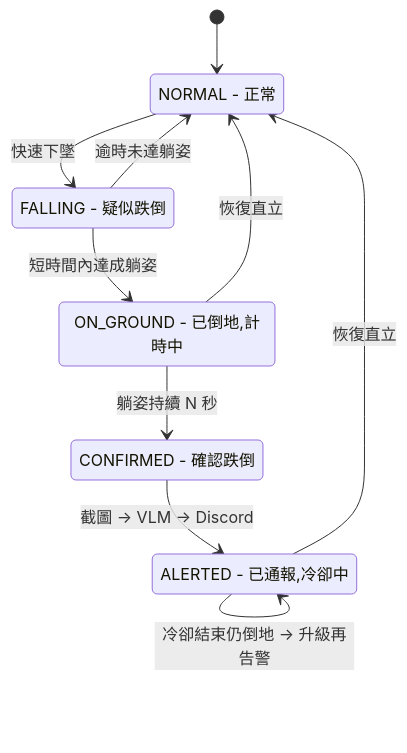
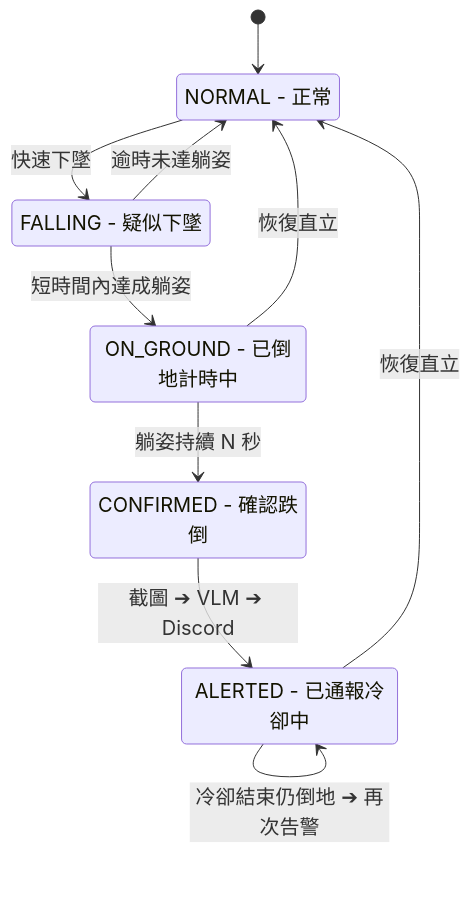
One commit to kuotunyu/fall-guard-cv changed the second of 2 diagrams in README.md. Above: the diagram before and after it, drawn with Mermaid. The commit also changed other lines of this file and 8 other files, not shown here.

Commit message:
docs: overhaul README with clean diagrams, single-language headings, and untrack private files

````diff
--- a/README.md
+++ b/README.md
@@ -42,17 +61,19 @@
 ```mermaid
+%%{init: {'themeVariables': {'fontSize': '20px'}}}%%
 stateDiagram-v2
     state "NORMAL - 正常" as NORMAL
-    state "FALLING - 疑似跌倒" as FALLING
-    state "ON_GROUND - 已倒地,計時中" as ON_GROUND
+    state "FALLING - 疑似下墜" as FALLING
+    state "ON_GROUND - 已倒地計時中" as ON_GROUND
     state "CONFIRMED - 確認跌倒" as CONFIRMED
-    state "ALERTED - 已通報,冷卻中" as ALERTED
+    state "ALERTED - 已通報冷卻中" as ALERTED
+
     [*] --> NORMAL
     NORMAL --> FALLING : 快速下墜
     FALLING --> ON_GROUND : 短時間內達成躺姿
     FALLING --> NORMAL : 逾時未達躺姿
     ON_GROUND --> CONFIRMED : 躺姿持續 N 秒
     ON_GROUND --> NORMAL : 恢復直立
-    CONFIRMED --> ALERTED : 截圖 → VLM → Discord
+    CONFIRMED --> ALERTED : 截圖 ➔ VLM ➔ Discord
     ALERTED --> NORMAL : 恢復直立
-    ALERTED --> ALERTED : 冷卻結束仍倒地 → 升級再告警
+    ALERTED --> ALERTED : 冷卻結束仍倒地 ➔ 再次告警
 ```
````
